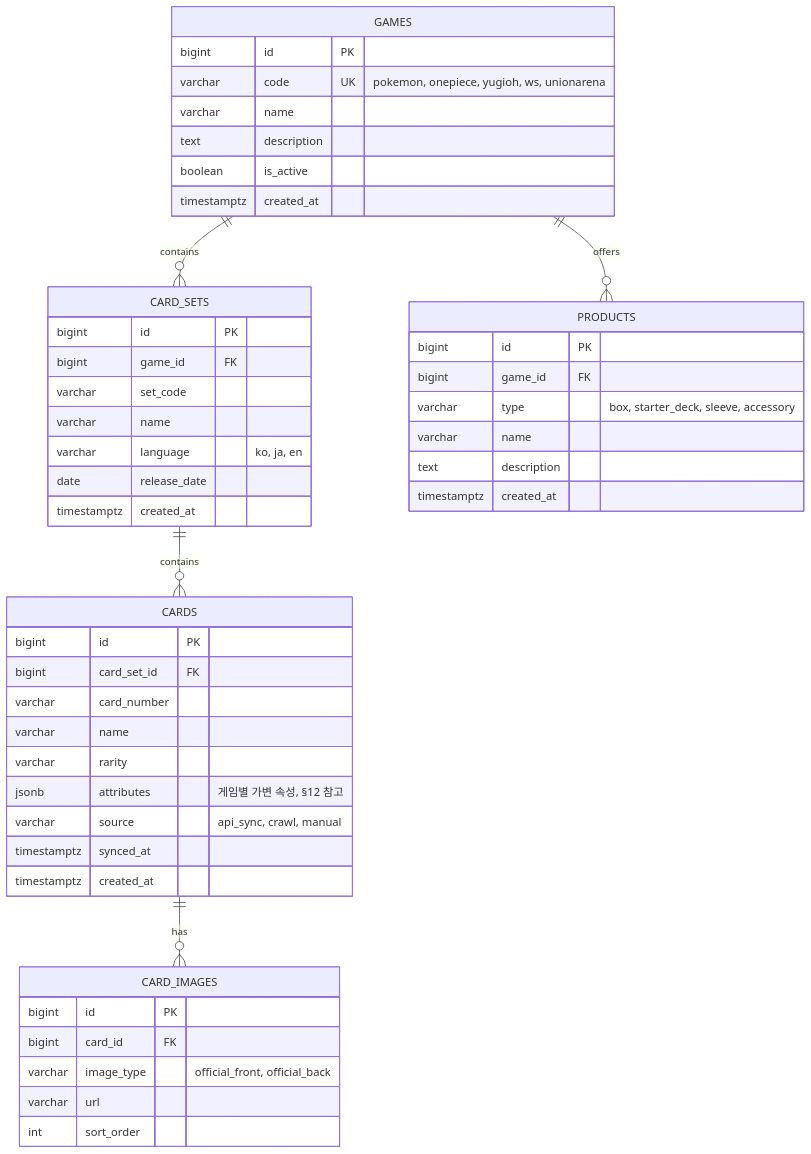
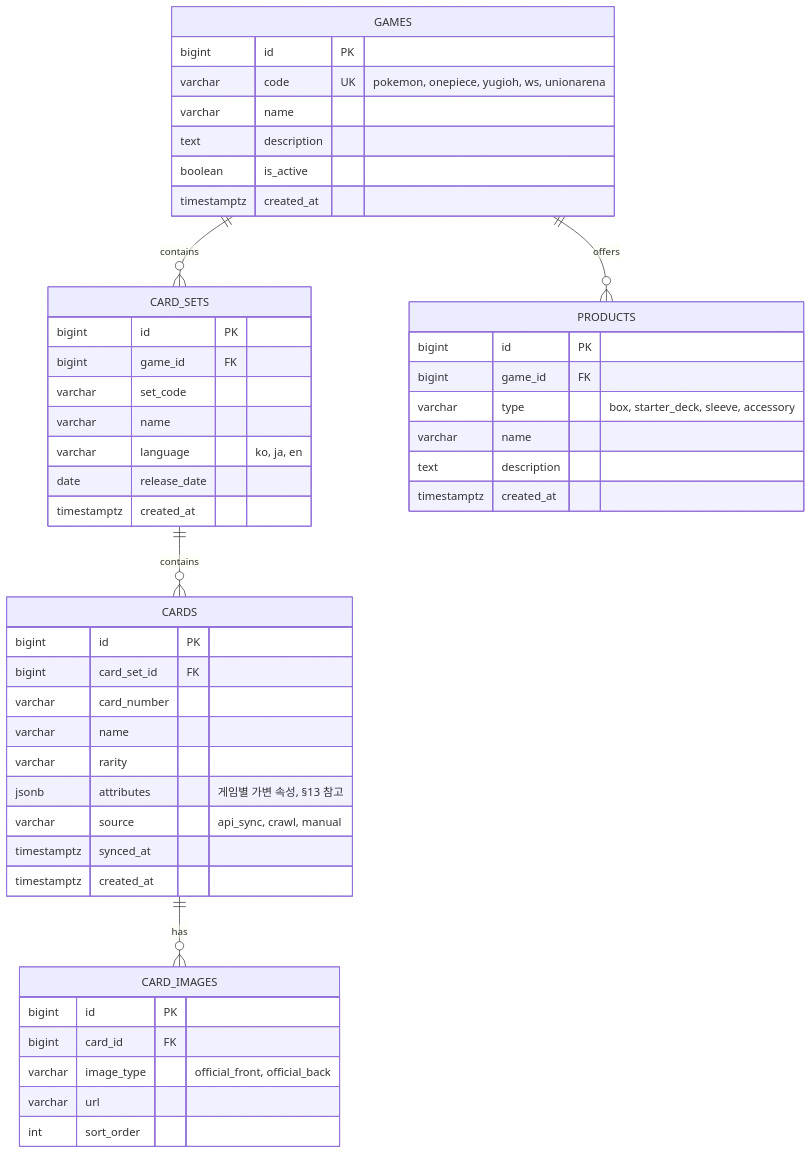
One commit to WinLakeLee/WinLakeLee changed the third of 12 diagrams in docs/ERD.md. Above: the diagram before and after it, drawn with Mermaid. The commit also changed other lines of this file and 1 other file, not shown here.

````diff
--- a/docs/ERD.md
+++ b/docs/ERD.md
@@ -161,55 +162,55 @@
 ```mermaid
 erDiagram
     GAMES ||--o{ CARD_SETS : contains
     CARD_SETS ||--o{ CARDS : contains
     CARDS ||--o{ CARD_IMAGES : has
     GAMES ||--o{ PRODUCTS : offers
 
     GAMES {
         bigint id PK
         varchar code UK "pokemon, onepiece, yugioh, ws, unionarena"
         varchar name
         text description
         boolean is_active
         timestamptz created_at
     }
 
     CARD_SETS {
         bigint id PK
         bigint game_id FK
         varchar set_code
         varchar name
         varchar language "ko, ja, en"
         date release_date
         timestamptz created_at
     }
 
     CARDS {
         bigint id PK
         bigint card_set_id FK
         varchar card_number
         varchar name
         varchar rarity
-        jsonb attributes "게임별 가변 속성, §12 참고"
+        jsonb attributes "게임별 가변 속성, §13 참고"
         varchar source "api_sync, crawl, manual"
         timestamptz synced_at
         timestamptz created_at
     }
 
     CARD_IMAGES {
         bigint id PK
         bigint card_id FK
         varchar image_type "official_front, official_back"
         varchar url
         int sort_order
     }
 
     PRODUCTS {
         bigint id PK
         bigint game_id FK
         varchar type "box, starter_deck, sleeve, accessory"
         varchar name
         text description
         timestamptz created_at
     }
 ```
````
